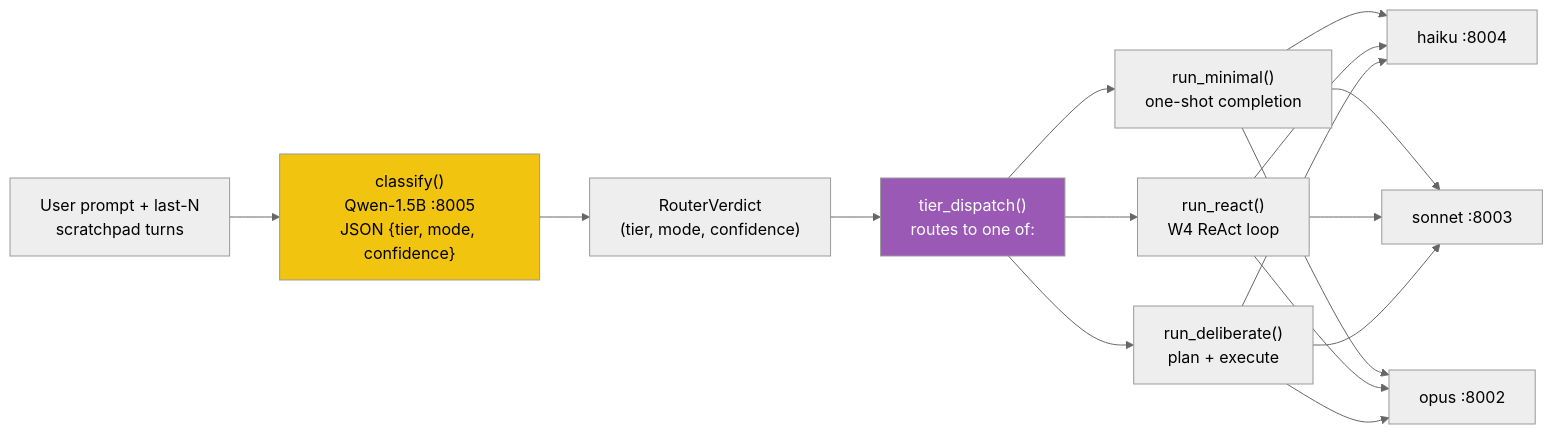
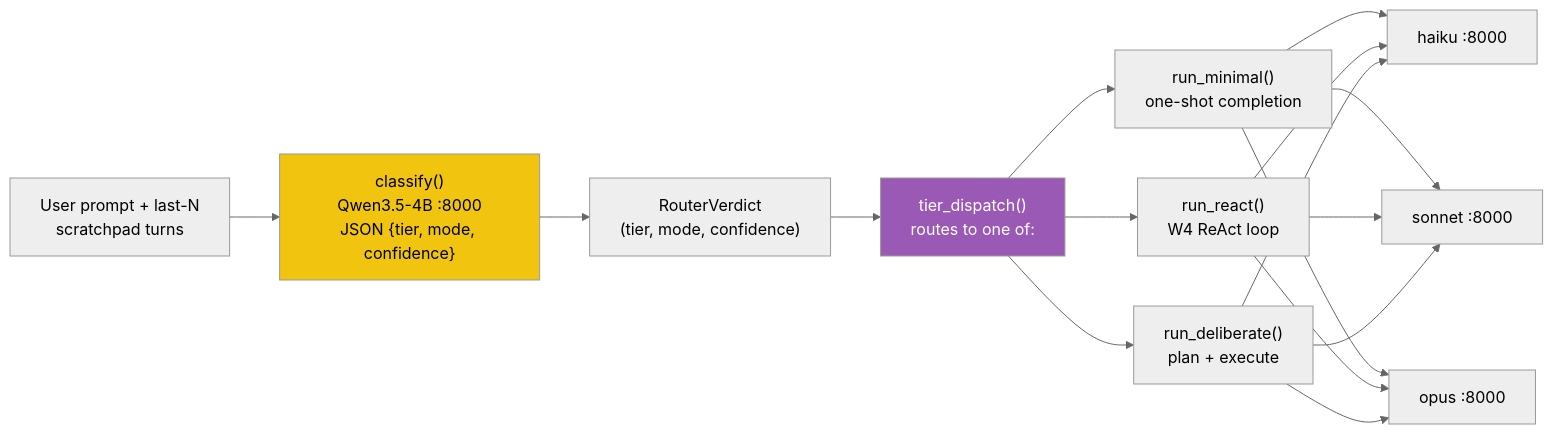
Before and after one commit to shaneliuyx/agent-development-curriculum: the fourth of 7 diagrams in Week 4.5 - Model Routing and Effort Tiering.md, drawn with Mermaid (neutral theme). The commit also changed other lines of this file, not shown here.

````diff
--- a/Week 4.5 - Model Routing and Effort Tiering.md
+++ b/Week 4.5 - Model Routing and Effort Tiering.md
@@ -394,32 +491,32 @@
 ```mermaid
 flowchart LR
     Prompt["User prompt + last-N<br/>scratchpad turns"]
-    Cls["classify()<br/>Qwen-1.5B :8005<br/>JSON {tier, mode, confidence}"]
+    Cls["classify()<br/>Qwen3.5-4B :8000<br/>JSON {tier, mode, confidence}"]
     Verdict["RouterVerdict<br/>(tier, mode, confidence)"]
     Disp["tier_dispatch()<br/>routes to one of:"]
     Min["run_minimal()<br/>one-shot completion"]
     React["run_react()<br/>W4 ReAct loop"]
     Del["run_deliberate()<br/>plan + execute"]
-    Hai["haiku :8004"]
-    Son["sonnet :8003"]
-    Opu["opus :8002"]
+    Hai["haiku :8000"]
+    Son["sonnet :8000"]
+    Opu["opus :8000"]
 
     Prompt --> Cls
     Cls --> Verdict
     Verdict --> Disp
     Disp --> Min
     Disp --> React
     Disp --> Del
     Min --> Hai
     Min --> Son
     Min --> Opu
     React --> Hai
     React --> Son
     React --> Opu
     Del --> Hai
     Del --> Son
     Del --> Opu
 
     style Cls fill:#f1c40f,color:#000
     style Disp fill:#9b59b6,color:#fff
 ```
````
